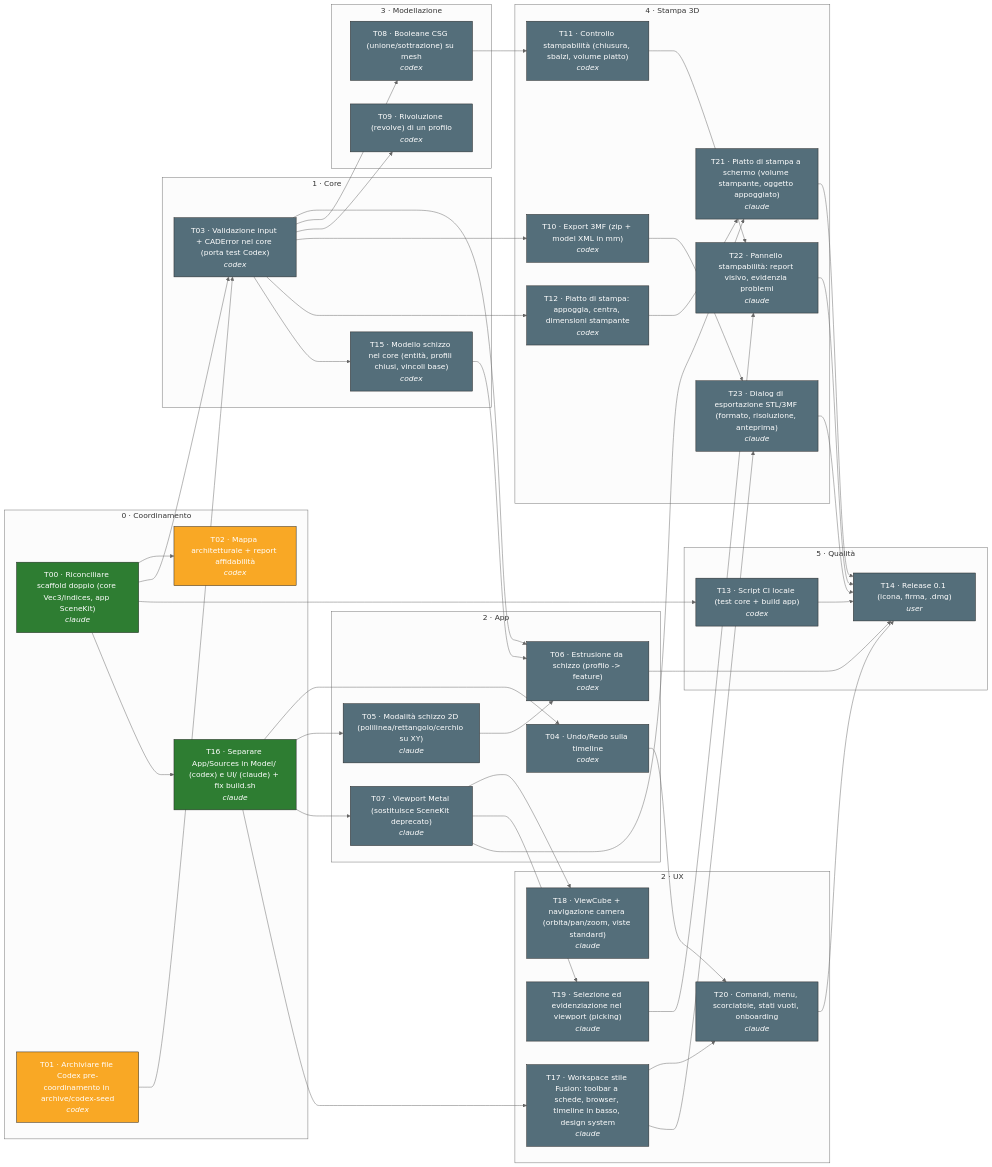
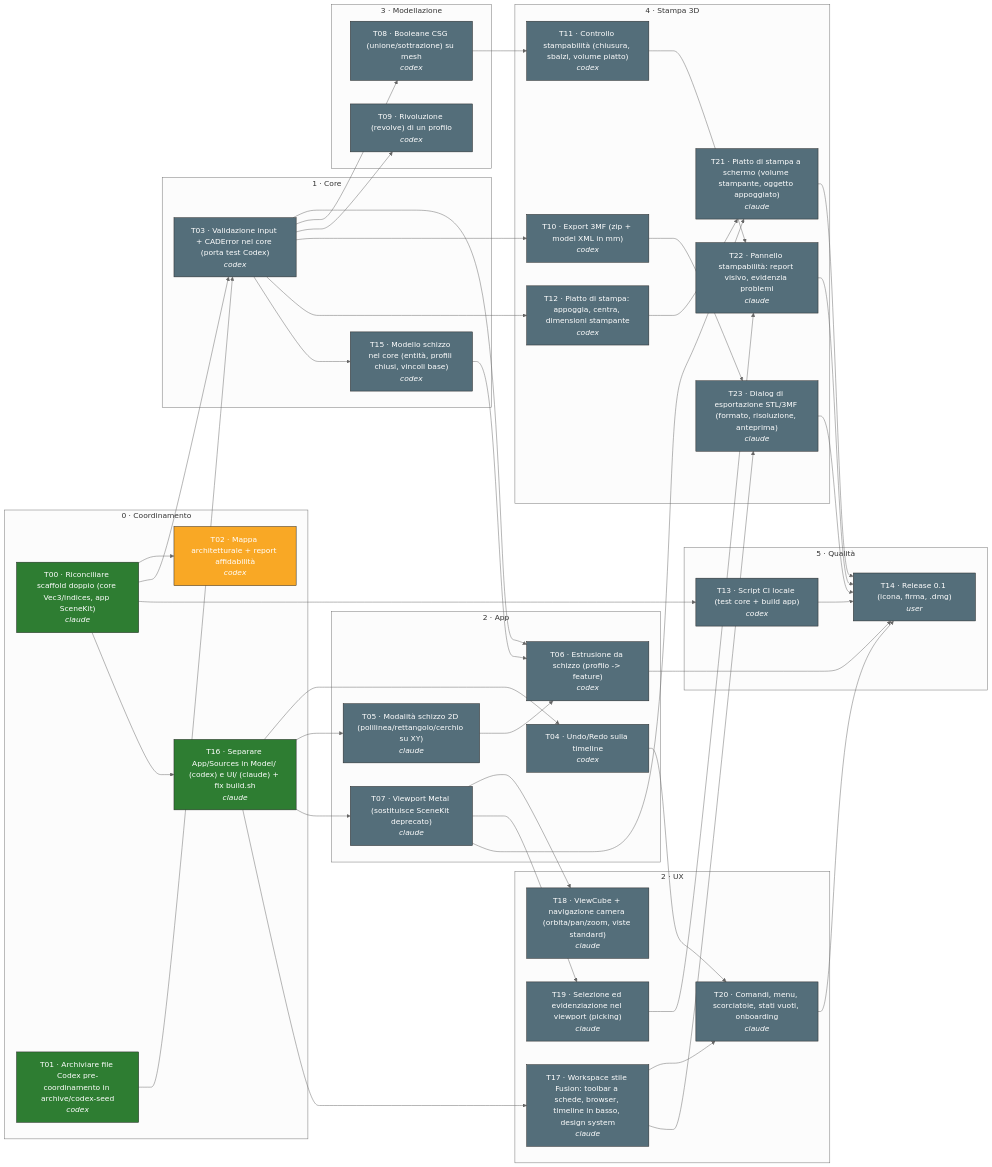
One commit to t4k3/cad-takeoff changed the diagram in docs/graph/GRAPH.md. Above: the diagram before and after it, drawn with Mermaid (neutral theme). The commit also changed other lines of this file and 5 other files, not shown here.

First line of the commit message:
[T01][T02] Chiudi archiviazione seed Codex, conferma ruoli, bozza mappa architetturale

````diff
--- a/docs/graph/GRAPH.md
+++ b/docs/graph/GRAPH.md
@@ -7,79 +7,79 @@
 ```mermaid
 flowchart LR
   subgraph P0["0 · Coordinamento"]
     T00["T00 · Riconciliare scaffold doppio (core Vec3/indices, app SceneKit)<br/><i>claude</i>"]:::done
-    T01["T01 · Archiviare file Codex pre-coordinamento in archive/codex-seed<br/><i>codex</i>"]:::in_progress
+    T01["T01 · Archiviare file Codex pre-coordinamento in archive/codex-seed<br/><i>codex</i>"]:::done
     T02["T02 · Mappa architetturale + report affidabilità<br/><i>codex</i>"]:::in_progress
     T16["T16 · Separare App/Sources in Model/ (codex) e UI/ (claude) + fix build.sh<br/><i>claude</i>"]:::done
   end
   subgraph P1["1 · Core"]
     T03["T03 · Validazione input + CADError nel core (porta test Codex)<br/><i>codex</i>"]:::todo
     T15["T15 · Modello schizzo nel core (entità, profili chiusi, vincoli base)<br/><i>codex</i>"]:::todo
   end
   subgraph P2["2 · App"]
     T04["T04 · Undo/Redo sulla timeline<br/><i>codex</i>"]:::todo
     T05["T05 · Modalità schizzo 2D (polilinea/rettangolo/cerchio su XY)<br/><i>claude</i>"]:::todo
     T06["T06 · Estrusione da schizzo (profilo -> feature)<br/><i>codex</i>"]:::todo
     T07["T07 · Viewport Metal (sostituisce SceneKit deprecato)<br/><i>claude</i>"]:::todo
   end
   subgraph P3["3 · Modellazione"]
     T08["T08 · Booleane CSG (unione/sottrazione) su mesh<br/><i>codex</i>"]:::todo
     T09["T09 · Rivoluzione (revolve) di un profilo<br/><i>codex</i>"]:::todo
   end
   subgraph P4["4 · Stampa 3D"]
     T10["T10 · Export 3MF (zip + model XML in mm)<br/><i>codex</i>"]:::todo
     T11["T11 · Controllo stampabilità (chiusura, sbalzi, volume piatto)<br/><i>codex</i>"]:::todo
     T12["T12 · Piatto di stampa: appoggia, centra, dimensioni stampante<br/><i>codex</i>"]:::todo
     T21["T21 · Piatto di stampa a schermo (volume stampante, oggetto appoggiato)<br/><i>claude</i>"]:::todo
     T22["T22 · Pannello stampabilità: report visivo, evidenzia problemi<br/><i>claude</i>"]:::todo
     T23["T23 · Dialog di esportazione STL/3MF (formato, risoluzione, anteprima)<br/><i>claude</i>"]:::todo
   end
   subgraph P5["5 · Qualità"]
     T13["T13 · Script CI locale (test core + build app)<br/><i>codex</i>"]:::todo
     T14["T14 · Release 0.1 (icona, firma, .dmg)<br/><i>user</i>"]:::todo
   end
   subgraph P6["2 · UX"]
     T17["T17 · Workspace stile Fusion: toolbar a schede, browser, timeline in basso, design system<br/><i>claude</i>"]:::todo
     T18["T18 · ViewCube + navigazione camera (orbita/pan/zoom, viste standard)<br/><i>claude</i>"]:::todo
     T19["T19 · Selezione ed evidenziazione nel viewport (picking)<br/><i>claude</i>"]:::todo
     T20["T20 · Comandi, menu, scorciatoie, stati vuoti, onboarding<br/><i>claude</i>"]:::todo
   end
   T00 --> T02
   T00 --> T03
   T01 --> T03
   T16 --> T04
   T16 --> T05
   T05 --> T06
   T15 --> T06
   T03 --> T06
   T16 --> T07
   T03 --> T08
   T03 --> T09
   T03 --> T10
   T08 --> T11
   T03 --> T12
   T00 --> T13
   T06 --> T14
   T20 --> T14
   T21 --> T14
   T22 --> T14
   T23 --> T14
   T13 --> T14
   T03 --> T15
   T00 --> T16
   T16 --> T17
   T07 --> T18
   T07 --> T19
   T17 --> T20
   T04 --> T20
   T07 --> T21
   T12 --> T21
   T11 --> T22
   T19 --> T22
   T10 --> T23
   T17 --> T23
   classDef done fill:#2e7d32,color:#fff,stroke:#222
   classDef in_progress fill:#f9a825,color:#fff,stroke:#222
   classDef blocked fill:#c62828,color:#fff,stroke:#222
   classDef todo fill:#546e7a,color:#fff,stroke:#222
 ```
````
